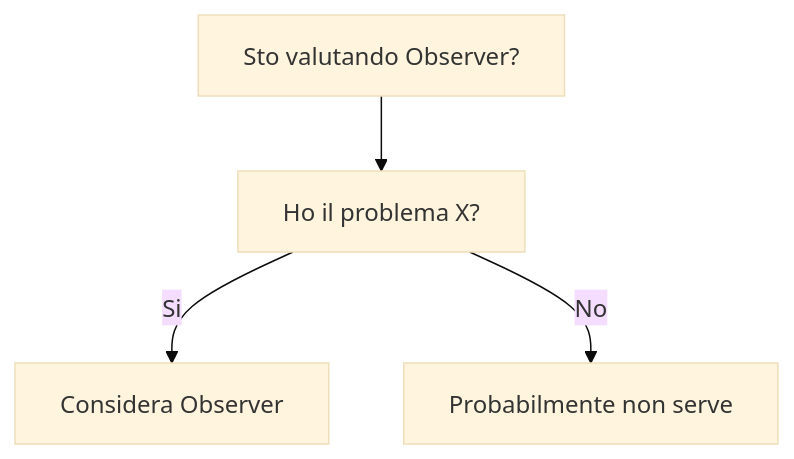
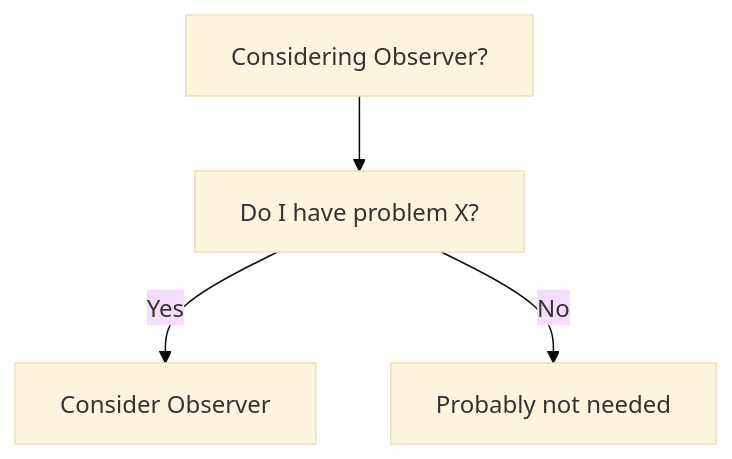
The diagram in dev-wiki/03_Design_Patterns/Behavioral/Observer/When_To_Use.md (HxT9/Software-Dev-Wiki), drawn with Mermaid (base theme) before and after one commit. The commit also changed other lines of this file and 3444 other files, not shown here.

````diff
--- a/dev-wiki/03_Design_Patterns/Behavioral/Observer/When_To_Use.md
+++ b/dev-wiki/03_Design_Patterns/Behavioral/Observer/When_To_Use.md
@@ -19,6 +19,6 @@
 ```mermaid
 flowchart TD
-  Q[Sto valutando Observer?] --> Q1[Ho il problema X?]
-  Q1 -->|Si| OK[Considera Observer]
-  Q1 -->|No| NO[Probabilmente non serve]
+  Q[Considering Observer?] --> Q1[Do I have problem X?]
+  Q1 -->|Yes| OK[Consider Observer]
+  Q1 -->|No| NO[Probably not needed]
 ```
````
